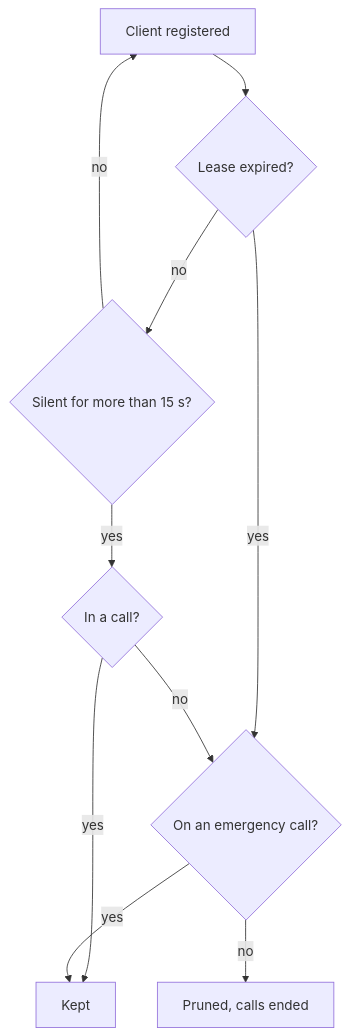
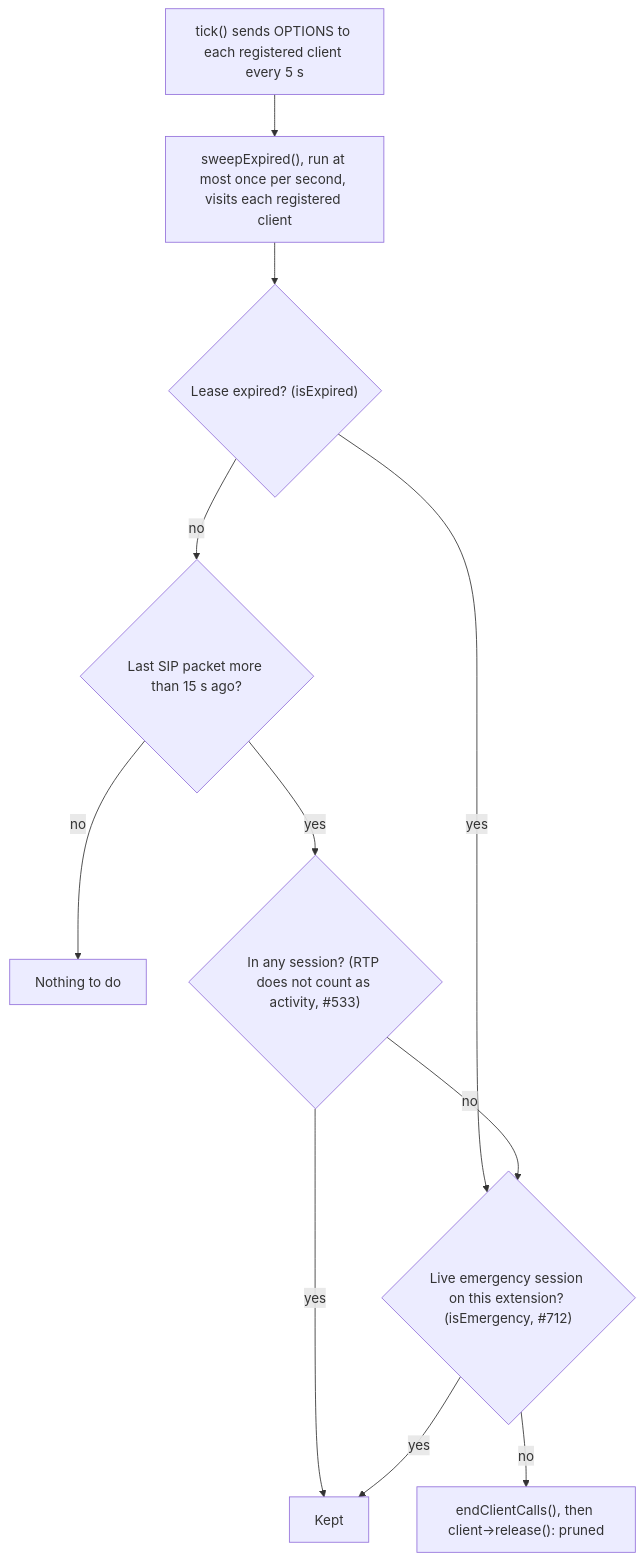
One commit to GlomarGadaffi/pocket-dial changed the second of 2 diagrams in docs/PHONE_COMPATIBILITY.md. Above: the diagram before and after it, drawn with Mermaid. The commit also changed other lines of this file and 29 other files, not shown here.

First line of the commit message:
docs: make the Mermaid diagrams exact against main (#1105)

````diff
--- a/docs/PHONE_COMPATIBILITY.md
+++ b/docs/PHONE_COMPATIBILITY.md
@@ -239,12 +241,13 @@
 ```mermaid
 flowchart TD
-    A["Client registered"] --> B{"Lease expired?"}
-    B -- "yes" --> E{"On an emergency call?"}
-    B -- "no" --> C{"Silent for more than 15 s?"}
-    C -- "no" --> A
-    C -- "yes" --> D{"In a call?"}
+    P["tick() sends OPTIONS to each registered client every 5 s"] --> A
+    A["sweepExpired(), run at most once per second, visits each registered client"] --> B{"Lease expired? (isExpired)"}
+    B -- "yes" --> E{"Live emergency session on this extension? (isEmergency, #712)"}
+    B -- "no" --> C{"Last SIP packet more than 15 s ago?"}
+    C -- "no" --> N["Nothing to do"]
+    C -- "yes" --> D{"In any session? (RTP does not count as activity, #533)"}
     D -- "yes" --> K["Kept"]
     D -- "no" --> E
     E -- "yes" --> K
-    E -- "no" --> P["Pruned, calls ended"]
+    E -- "no" --> P2["endClientCalls(), then client->release(): pruned"]
 ```
````
